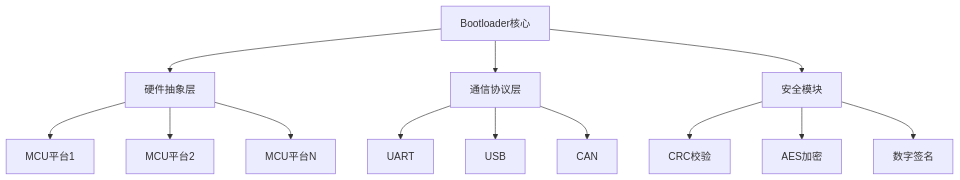
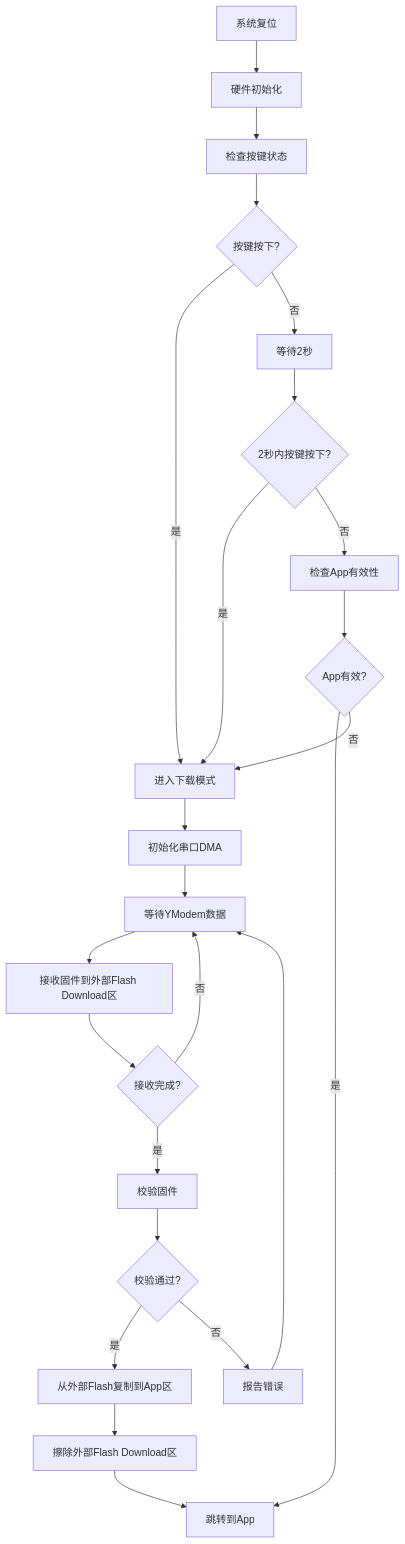
Before and after one commit to canlumina/OpenLoad: the diagram in README.md, drawn with Mermaid. The commit also changed other lines of this file, not shown here.

````diff
--- a/README.md
+++ b/README.md
@@ -15,15 +67,27 @@
 ```mermaid
 graph TD
-    A[Bootloader核心] --> B[硬件抽象层]
-    A --> C[通信协议层]
-    A --> D[安全模块]
-    B --> E[MCU平台1]
-    B --> F[MCU平台2]
-    B --> G[MCU平台N]
-    C --> H[UART]
-    C --> I[USB]
-    C --> J[CAN]
-    D --> K[CRC校验]
-    D --> L[AES加密]
-    D --> M[数字签名]
+    A[系统复位] --> B[硬件初始化]
+    B --> C[检查按键状态]
+    C --> D{按键按下?}
+    D -->|是| E[进入下载模式]
+    D -->|否| F[等待2秒]
+    F --> G{2秒内按键按下?}
+    G -->|是| E
+    G -->|否| H[检查App有效性]
+    H --> I{App有效?}
+    I -->|是| J[跳转到App]
+    I -->|否| E
+    
+    E --> K[初始化串口DMA]
+    K --> L[等待YModem数据]
+    L --> M[接收固件到外部Flash Download区]
+    M --> N{接收完成?}
+    N -->|否| L
+    N -->|是| O[校验固件]
+    O --> P{校验通过?}
+    P -->|是| Q[从外部Flash复制到App区]
+    P -->|否| R[报告错误]
+    Q --> S[擦除外部Flash Download区]
+    S --> J
+    R --> L
 ```
````
